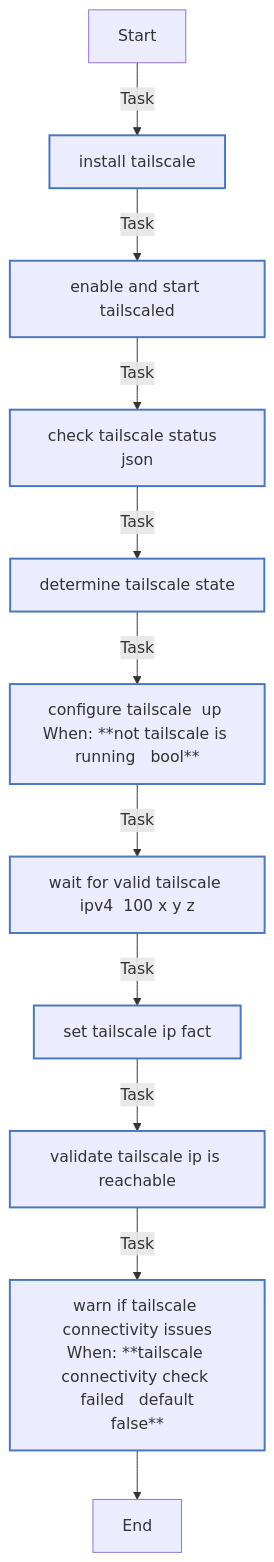
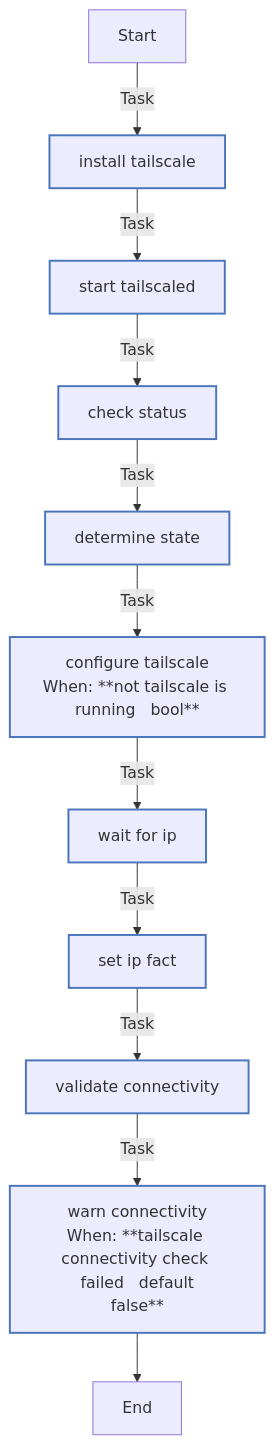
One commit to rou-cru/k3s-homelab changed the diagram in roles/tailscale/README.md. Above: the diagram before and after it, drawn with Mermaid. The commit also changed other lines of this file and 16 other files, not shown here.

````diff
--- a/roles/tailscale/README.md
+++ b/roles/tailscale/README.md
@@ -152,23 +152,23 @@
 ```mermaid
 flowchart TD
 Start
 classDef block stroke:#3498db,stroke-width:2px;
 classDef task stroke:#4b76bb,stroke-width:2px;
 classDef includeTasks stroke:#16a085,stroke-width:2px;
 classDef importTasks stroke:#34495e,stroke-width:2px;
 classDef includeRole stroke:#2980b9,stroke-width:2px;
 classDef importRole stroke:#699ba7,stroke-width:2px;
 classDef includeVars stroke:#8e44ad,stroke-width:2px;
 classDef rescue stroke:#665352,stroke-width:2px;
 
   Start-->|Task| Install_Tailscale0[install tailscale]:::task
-  Install_Tailscale0-->|Task| Enable_and_start_tailscaled1[enable and start tailscaled]:::task
-  Enable_and_start_tailscaled1-->|Task| Check_Tailscale_status__JSON_2[check tailscale status  json ]:::task
-  Check_Tailscale_status__JSON_2-->|Task| Determine_Tailscale_state3[determine tailscale state]:::task
-  Determine_Tailscale_state3-->|Task| Configure_Tailscale__Up_4[configure tailscale  up <br>When: **not tailscale is running   bool**]:::task
-  Configure_Tailscale__Up_4-->|Task| Wait_for_valid_Tailscale_IPv4__100_x_y_z_5[wait for valid tailscale ipv4  100 x y z ]:::task
-  Wait_for_valid_Tailscale_IPv4__100_x_y_z_5-->|Task| Set_tailscale_ip_fact6[set tailscale ip fact]:::task
-  Set_tailscale_ip_fact6-->|Task| Validate_Tailscale_IP_is_reachable7[validate tailscale ip is reachable]:::task
-  Validate_Tailscale_IP_is_reachable7-->|Task| Warn_if_Tailscale_connectivity_issues8[warn if tailscale connectivity issues<br>When: **tailscale connectivity check failed   default<br>false**]:::task
-  Warn_if_Tailscale_connectivity_issues8-->End
+  Install_Tailscale0-->|Task| Start_tailscaled1[start tailscaled]:::task
+  Start_tailscaled1-->|Task| Check_status2[check status]:::task
+  Check_status2-->|Task| Determine_state3[determine state]:::task
+  Determine_state3-->|Task| Configure_Tailscale4[configure tailscale<br>When: **not tailscale is running   bool**]:::task
+  Configure_Tailscale4-->|Task| Wait_for_IP5[wait for ip]:::task
+  Wait_for_IP5-->|Task| Set_IP_fact6[set ip fact]:::task
+  Set_IP_fact6-->|Task| Validate_connectivity7[validate connectivity]:::task
+  Validate_connectivity7-->|Task| Warn_connectivity8[warn connectivity<br>When: **tailscale connectivity check failed   default<br>false**]:::task
+  Warn_connectivity8-->End
 ```
````
